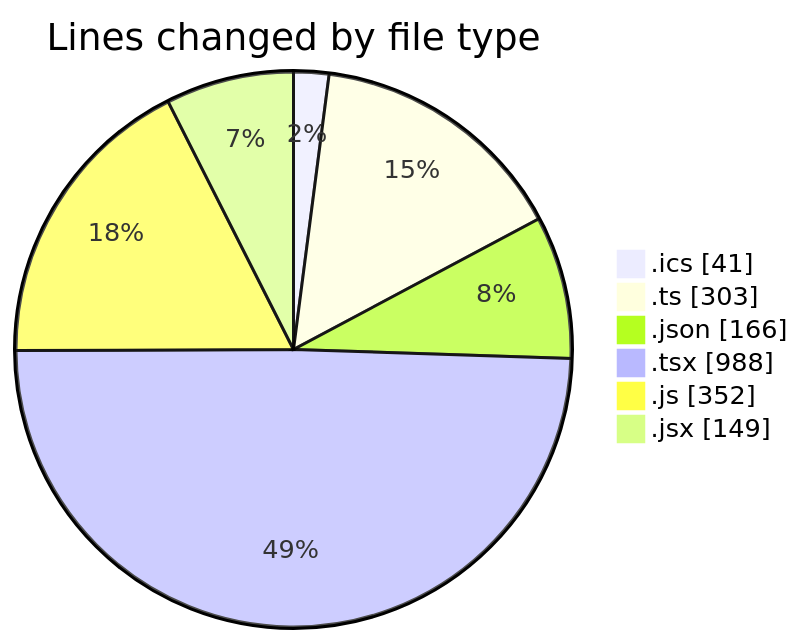
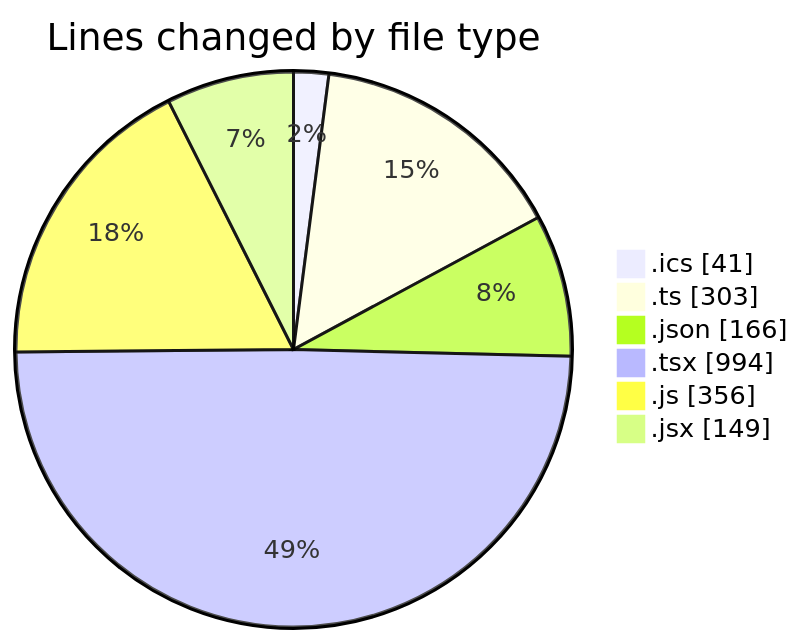
Before and after one commit to momahboobian/code-tracking: the first of 2 diagrams in 2025-10-28/cda/README.md, drawn with Mermaid. The commit also changed other lines of this file and 1 other file, not shown here.

````diff
--- a/2025-10-28/cda/README.md
+++ b/2025-10-28/cda/README.md
@@ -36,10 +36,10 @@
 ```mermaid
 pie showData
 title Lines changed by file type
 ".ics" : 41
 ".ts" : 303
 ".json" : 166
-".tsx" : 988
-".js" : 352
+".tsx" : 994
+".js" : 356
 ".jsx" : 149
 ```
````
